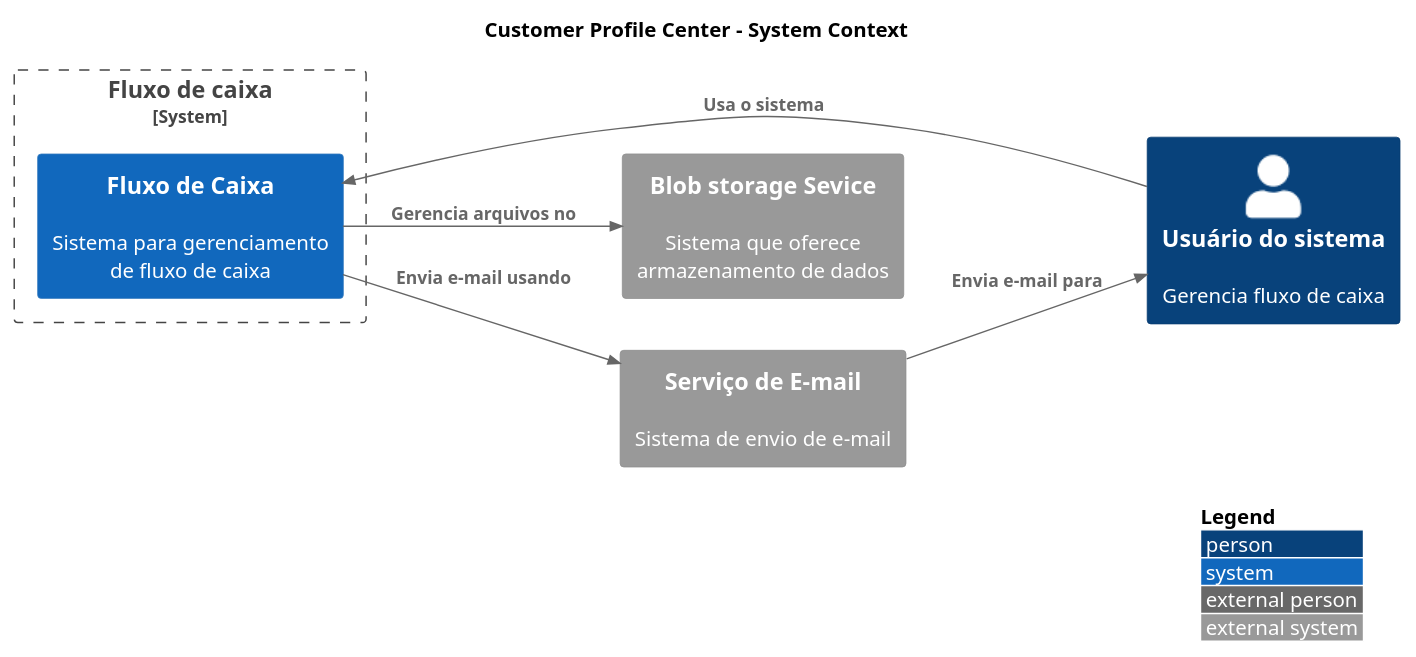
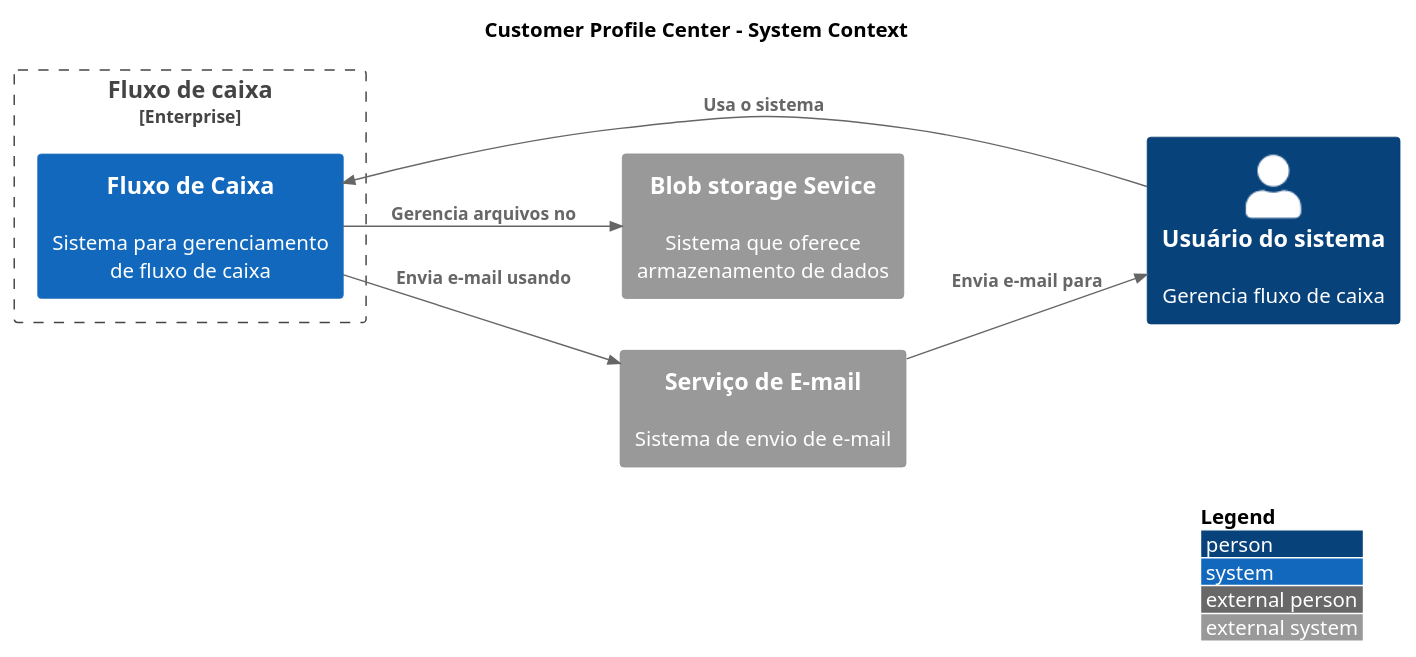
The diagram in Doc/SystemContext.puml (CristianoRC/Fluxo-De-Caixa), drawn with PlantUML before and after one commit. The commit also changed 2 other files, not shown here.

Commit message:
Altera para enterprise bONDUARY

```diff
--- a/Doc/SystemContext.puml
+++ b/Doc/SystemContext.puml
@@ -1,23 +1,23 @@
 @startuml context
 !include https://raw.githubusercontent.com/plantuml-stdlib/C4-PlantUML/master/C4_Container.puml
 !include https://raw.githubusercontent.com/plantuml-stdlib/C4-PlantUML/master/C4_Context.puml
 
 LAYOUT_LANDSCAPE()
 LAYOUT_WITH_LEGEND()
 
 TITLE Customer Profile Center - System Context
 
-    System_Boundary(boundary-fluxo-de-caixa, "Fluxo de caixa") {
+    Enterprise_Boundary(boundary-fluxo-de-caixa, "Fluxo de caixa") {
       System(fluxoDeCaixa, "Fluxo de Caixa", "Sistema para gerenciamento de fluxo de caixa")
     }
 
     System_Ext(blobStorage, "Blob storage Sevice", "Sistema que oferece armazenamento de dados")
     System_Ext(mailSystem, "Serviço de E-mail", "Sistema de envio de e-mail")
     Person(pessoa, "Usuário do sistema", "Gerencia fluxo de caixa")
 
     Rel(pessoa, fluxoDeCaixa, "Usa o sistema")
     Rel(fluxoDeCaixa, blobStorage, "Gerencia arquivos no")
     Rel(fluxoDeCaixa, mailSystem, "Envia e-mail usando")
     Rel(mailSystem, pessoa, "Envia e-mail para")
 
 @enduml
```
